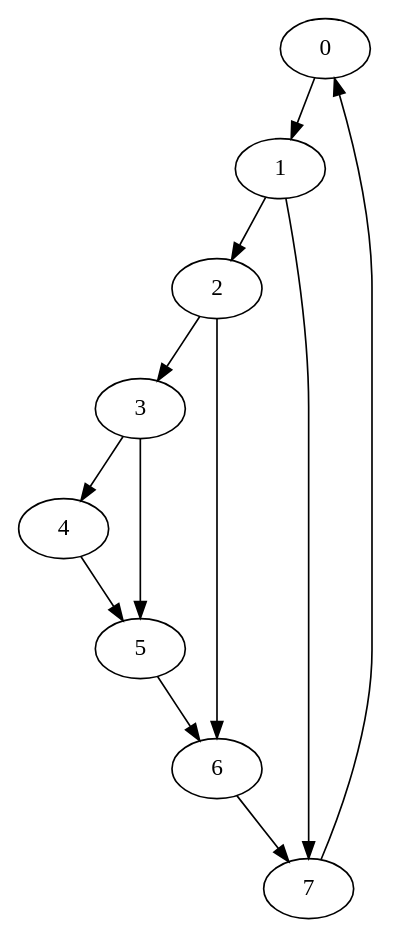
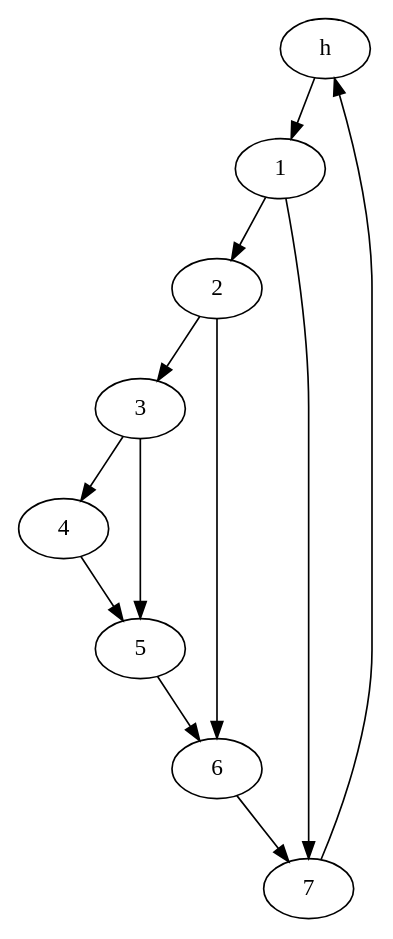
One commit to lterrac/circuit-retiming changed the diagram in corr-graphs/correlator.dot. Above: the diagram before and after it, drawn with Graphviz. The commit also changed 7 other files, not shown here.

```diff
--- a/corr-graphs/correlator.dot
+++ b/corr-graphs/correlator.dot
@@ -1,23 +1,23 @@
 strict digraph correlator {
 	graph [name=correlator];
-	0	 [component_delay=0];
+	h	 [component_delay=0];
 	1	 [component_delay=3];
 	2	 [component_delay=3];
 	3	 [component_delay=3];
 	4	 [component_delay=3];
 	5	 [component_delay=7];
 	6	 [component_delay=7];
 	7	 [component_delay=7];
 
-	0 -> 1	 [wire_delay=1];
+	h -> 1	 [wire_delay=1];
 	1 -> 2	 [wire_delay=1];
 	1 -> 7	 [wire_delay=0];
 	2 -> 3	 [wire_delay=1];
 	2 -> 6	 [wire_delay=0];
 	3 -> 4	 [wire_delay=1];
 	3 -> 5	 [wire_delay=0];
 	4 -> 5	 [wire_delay=0];
-	7 -> 0	 [wire_delay=0];
+	7 -> h	 [wire_delay=0];
 	6 -> 7	 [wire_delay=0];
 	5 -> 6	 [wire_delay=0];
 }
```
